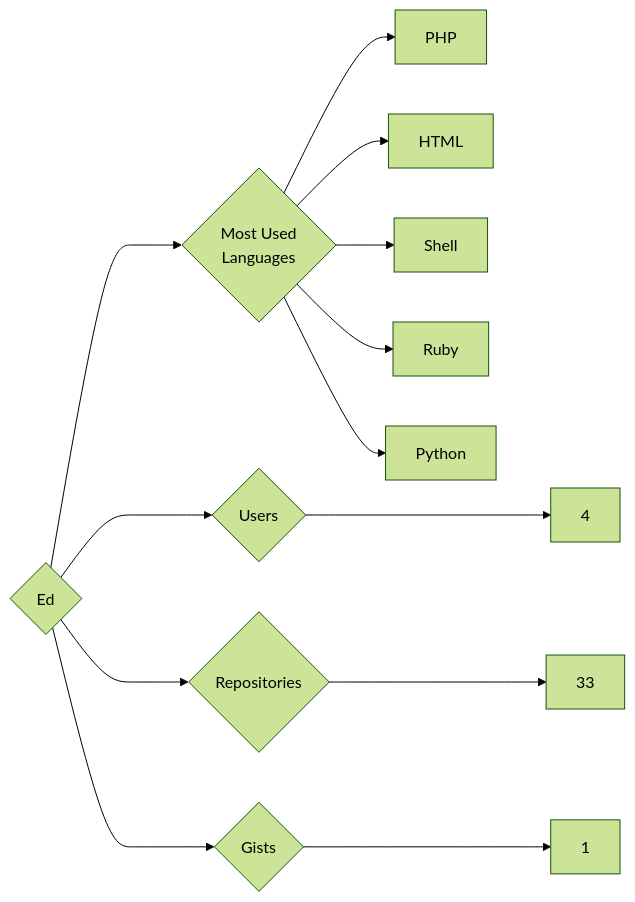
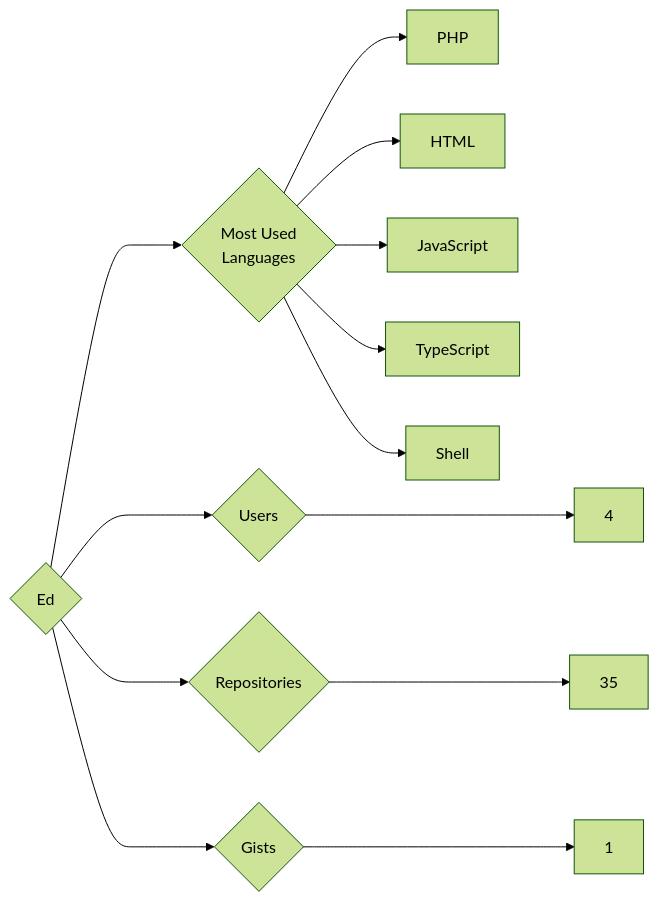
Before and after one commit to trickest/insiders: the diagram in targets/Ed/README.md, drawn with Mermaid (forest theme). The commit also changed 1089 other files, not shown here.

````diff
--- a/targets/Ed/README.md
+++ b/targets/Ed/README.md
@@ -3,13 +3,13 @@
 ```mermaid
 graph LR
 COMPANY_NAME{Ed}
 COMPANY_NAME ---> U{Users} ---> UN[4]
-COMPANY_NAME ---> R{Repositories} ---> RN[33]
+COMPANY_NAME ---> R{Repositories} ---> RN[35]
 COMPANY_NAME ---> G{Gists} ---> GN[1]
 COMPANY_NAME ---> ML{Most Used<br>Languages}
 ML --> PHP[PHP]
 ML --> HTML[HTML]
+ML --> JavaScript[JavaScript]
+ML --> TypeScript[TypeScript]
 ML --> Shell[Shell]
-ML --> Ruby[Ruby]
-ML --> Python[Python]
 ```
````
